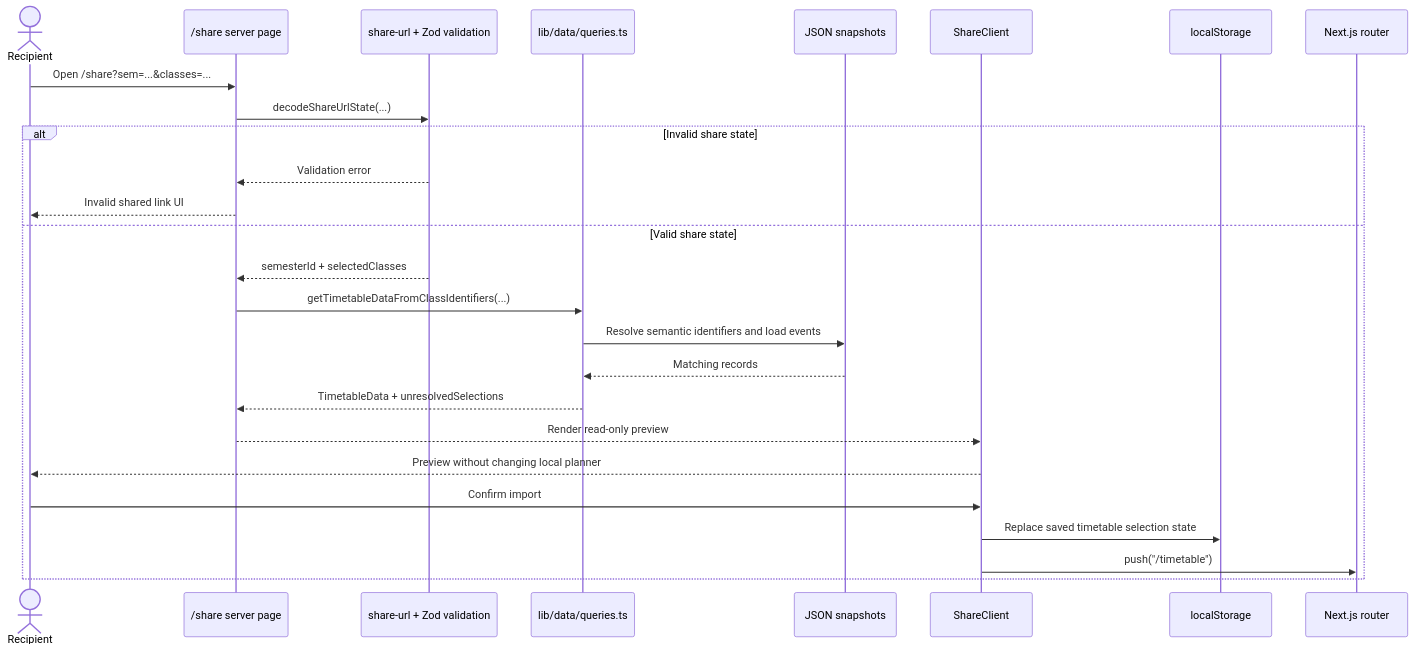
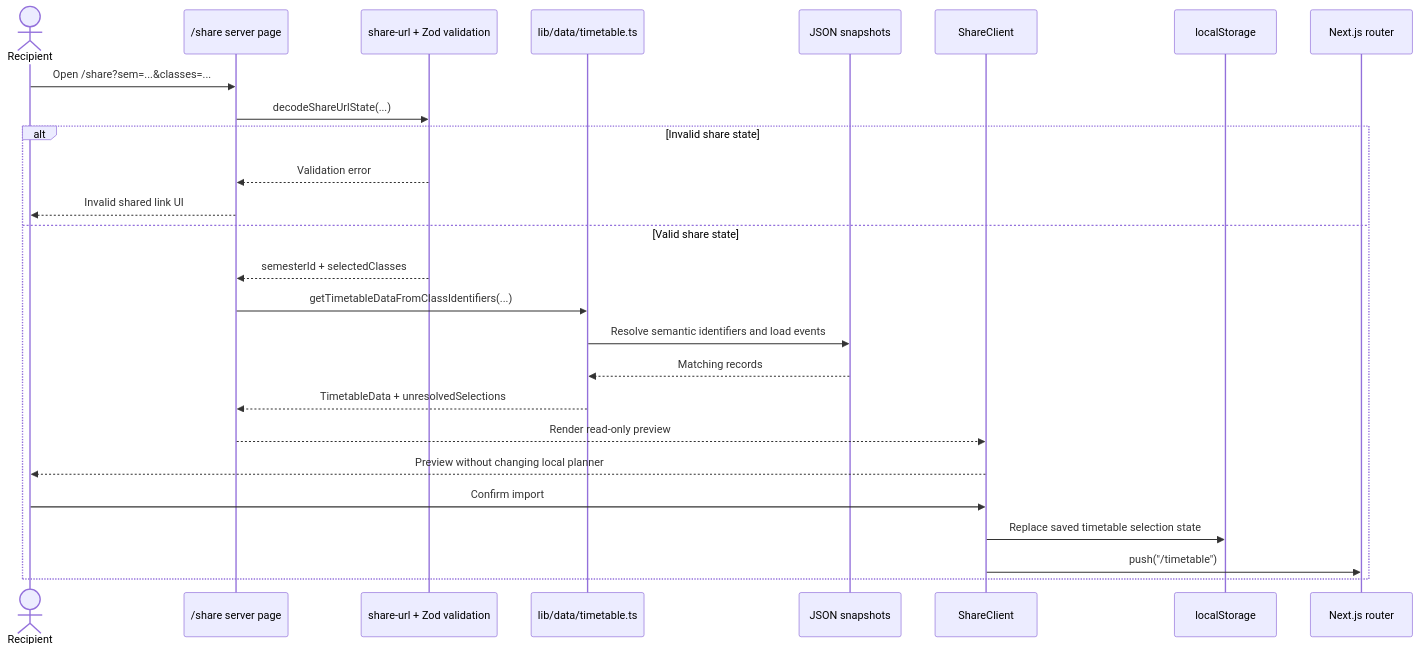
One commit to lester-td/SUSSplanner changed diagram 16 of 18 in docs/DeveloperGuide.md. Above: the diagram before and after it, drawn with Mermaid. The commit also changed other lines of this file and 76 other files, not shown here.

````diff
--- a/docs/DeveloperGuide.md
+++ b/docs/DeveloperGuide.md
@@ -1429,29 +1510,29 @@
 ```mermaid
 sequenceDiagram
     actor Recipient
     participant Page as /share server page
     participant Decoder as share-url + Zod validation
-    participant Queries as lib/data/queries.ts
+    participant Queries as lib/data/timetable.ts
     participant Snapshot as JSON snapshots
     participant Client as ShareClient
     participant Storage as localStorage
     participant Router as Next.js router
 
     Recipient->>Page: Open /share?sem=...&classes=...
     Page->>Decoder: decodeShareUrlState(...)
     alt Invalid share state
         Decoder-->>Page: Validation error
         Page-->>Recipient: Invalid shared link UI
     else Valid share state
         Decoder-->>Page: semesterId + selectedClasses
         Page->>Queries: getTimetableDataFromClassIdentifiers(...)
         Queries->>Snapshot: Resolve semantic identifiers and load events
         Snapshot-->>Queries: Matching records
         Queries-->>Page: TimetableData + unresolvedSelections
         Page-->>Client: Render read-only preview
         Client-->>Recipient: Preview without changing local planner
         Recipient->>Client: Confirm import
         Client->>Storage: Replace saved timetable selection state
         Client->>Router: push("/timetable")
     end
 ```
````
